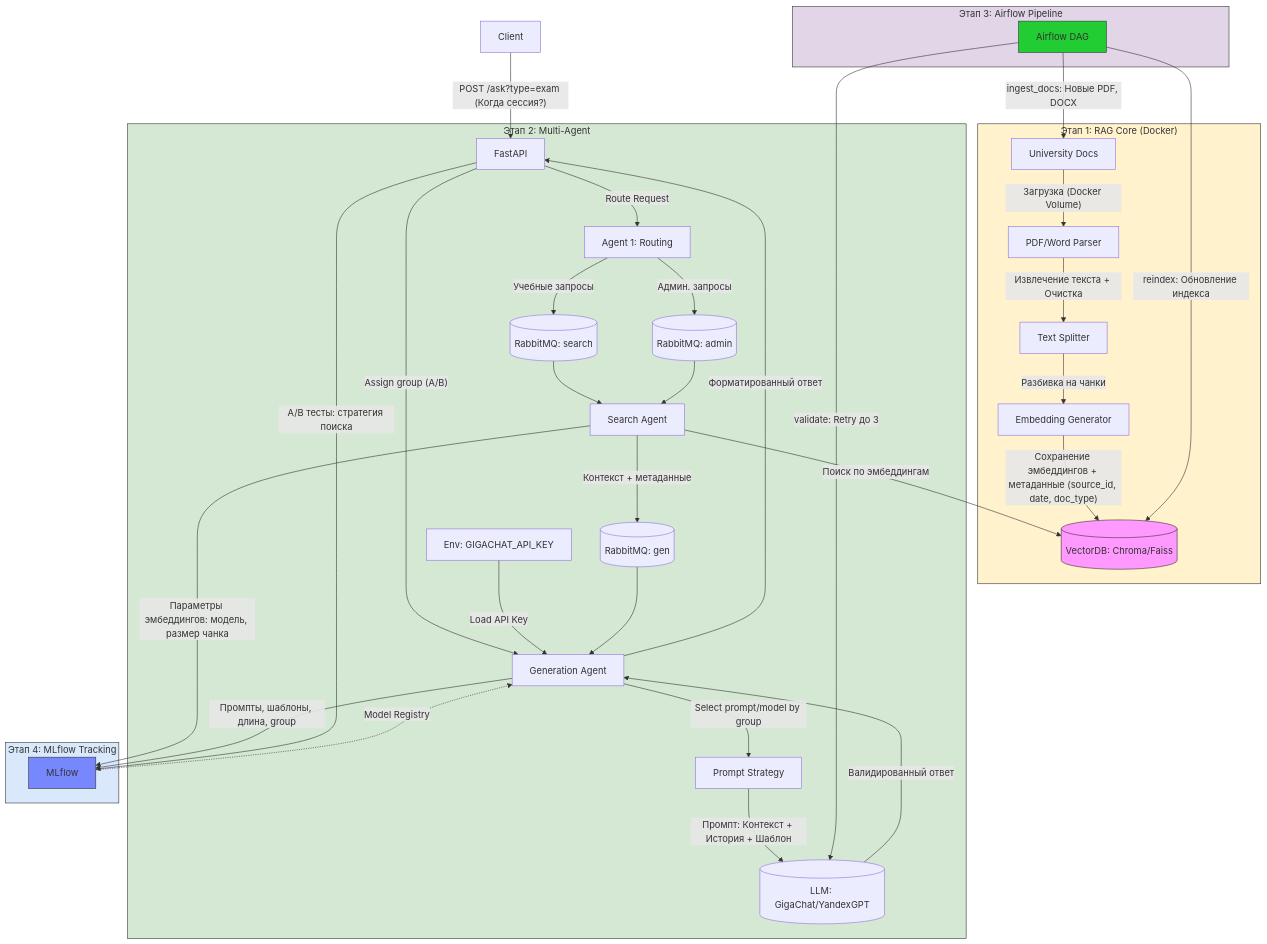
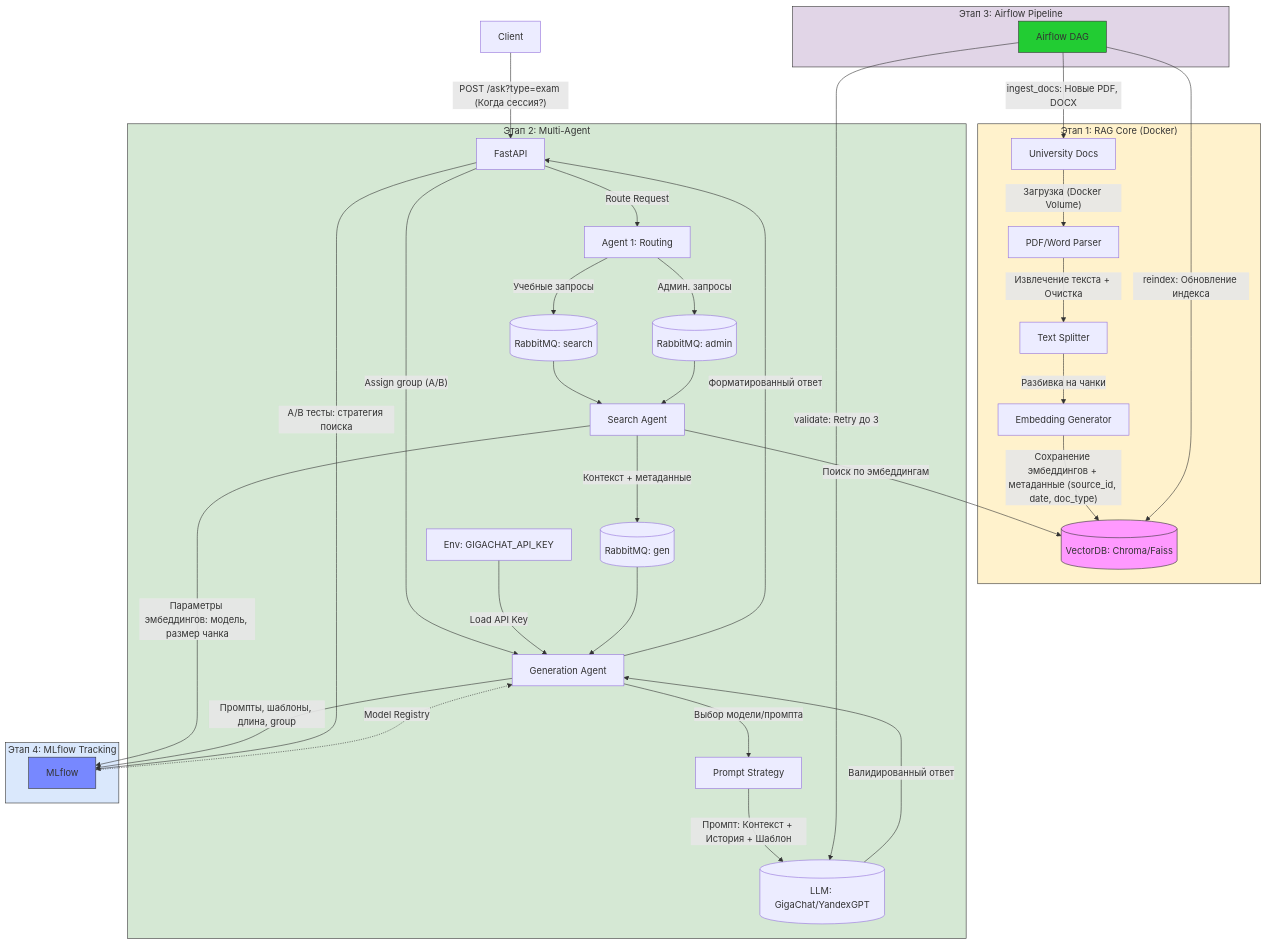
Before and after one commit to BandrD/assistant-_for_un: the first of 2 diagrams in README.md, drawn with Mermaid.

````diff
--- a/README.md
+++ b/README.md
@@ -12,57 +12,57 @@
 ```mermaid
 flowchart TD
     %% ===== Этап 1: RAG-система =====
     subgraph RAG["Этап 1: RAG Core (Docker)"]
         D[University Docs] -->|"Загрузка (Docker Volume)"| PARSER[PDF/Word Parser]
         PARSER -->|"Извлечение текста + Очистка"| TS[Text Splitter]
         TS -->|"Разбивка на чанки"| EG[Embedding Generator]
         EG -->|"Сохранение эмбеддингов + метаданные (source_id, date, doc_type)"| VDB[(VectorDB: Chroma/Faiss)]
         style VDB fill:#f9f,stroke:#333
     end
 
     %% ===== Клиентский запрос =====
     C[Client] -->|"POST /ask?type=exam (Когда сессия?)"| API[FastAPI]
     API -->|"Route Request"| A1[Agent 1: Routing]
 
     %% ===== A/B тестирование пометка =====
     API -->|"Assign group (A/B)"| A3[Generation Agent]
 
     %% ===== Этап 2: Агенты =====
     subgraph MA["Этап 2: Multi-Agent"]
         ENV[Env: GIGACHAT_API_KEY] -->|"Load API Key"| A3
         A1 -->|"Учебные запросы"| Q1[(RabbitMQ: search)]
         A1 -->|"Админ. запросы"| Q2[(RabbitMQ: admin)]
         Q1 --> A2[Search Agent]
         Q2 --> A2
         A2 -->|"Поиск по эмбеддингам"| VDB
         A2 -->|"Контекст + метаданные"| Q3[(RabbitMQ: gen)]
         Q3 --> A3
-        A3 -->|"Select prompt/model by group"| PROMPT[Prompt Strategy]
+        A3 -->|"Выбор модели/промпта"| PROMPT[Prompt Strategy]
         PROMPT -->|"Промпт: Контекст + История + Шаблон"| LLM[(LLM: GigaChat/YandexGPT)]
         LLM -->|"Валидированный ответ"| A3
         A3 -->|"Форматированный ответ"| API
     end
 
     %% ===== Этап 3: Airflow =====
     subgraph AF["Этап 3: Airflow Pipeline"]
         DAG[Airflow DAG] -->|"ingest_docs: Новые PDF, DOCX"| D
         DAG -->|"reindex: Обновление индекса"| VDB
         DAG -->|"validate: Retry до 3"| LLM
         style DAG fill:#2c3,stroke:#333
     end
 
     %% ===== Этап 4: MLflow =====
     subgraph ML["Этап 4: MLflow Tracking"]
         A2 -->|"Параметры эмбеддингов: модель, размер чанка"| MLF[MLflow]
         A3 -->|"Промпты, шаблоны, длина, group"| MLF
         API -->|"A/B тесты: стратегия поиска"| MLF
         MLF -.->|"Model Registry"| A3
         style MLF fill:#78f,stroke:#333
     end
 
     %% ===== Стили =====
     style RAG fill:#fff2cc,stroke:#333
     style MA fill:#d5e8d4,stroke:#333
     style AF fill:#e1d5e7,stroke:#333
     style ML fill:#dae8fc,stroke:#333
 ```
````
